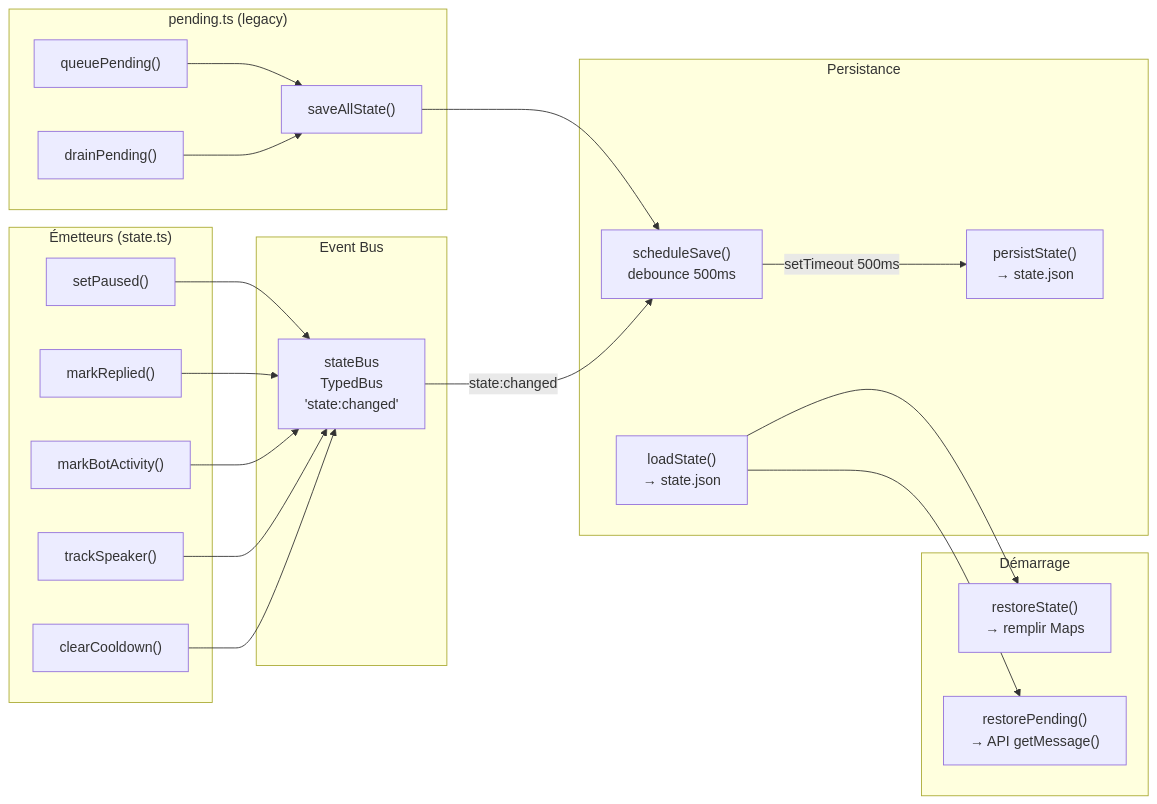
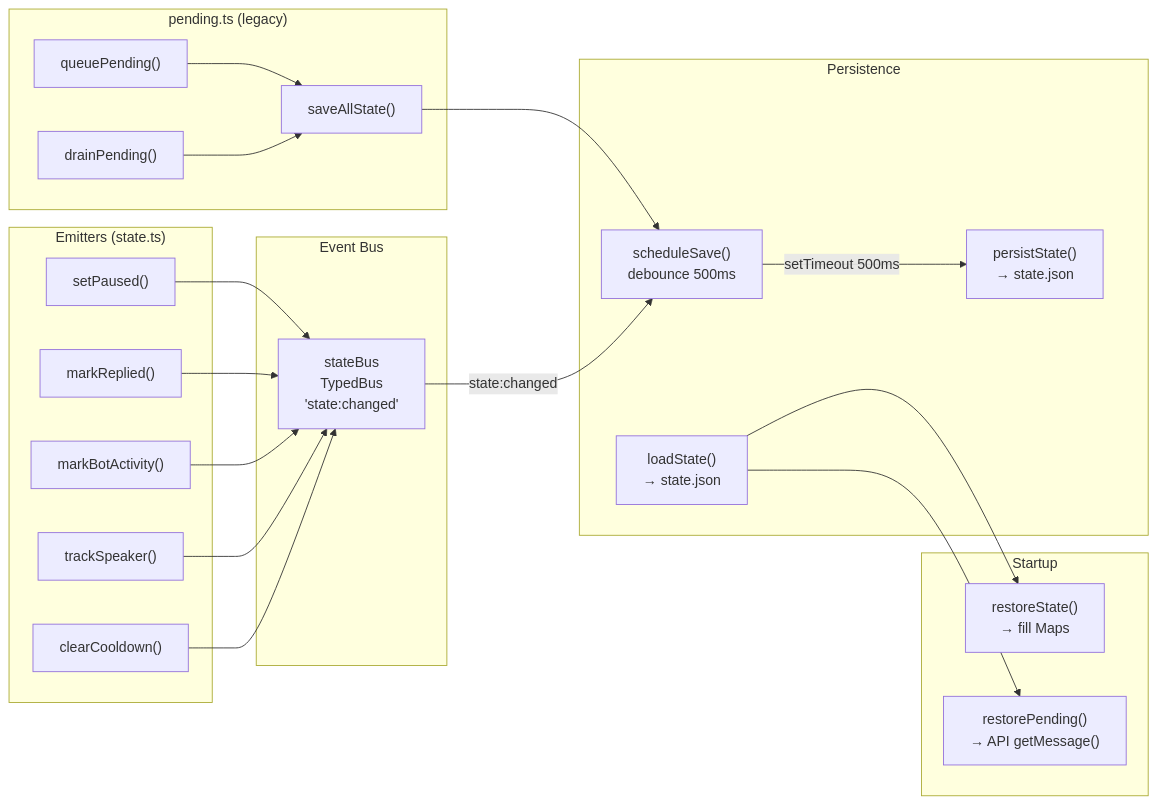
One commit to protocol-luna/krystal changed the tenth of 14 diagrams in README.md. Above: the diagram before and after it, drawn with Mermaid. The commit also changed other lines of this file and 47 other files, not shown here.

Commit message:
translate all docs to English, dark theme diagrams, add export script

````diff
--- a/README.md
+++ b/README.md
@@ -528,47 +528,47 @@
 ```mermaid
 flowchart LR
-    subgraph "Émetteurs (state.ts)"
+    subgraph "Emitters (state.ts)"
         PAUSE["setPaused()"]
         MARK["markReplied()"]
         ACT["markBotActivity()"]
         TRACK["trackSpeaker()"]
         CLEAR["clearCooldown()"]
     end
 
     subgraph "pending.ts (legacy)"
         SAVE_ALL["saveAllState()"]
         QP["queuePending()"]
         DP["drainPending()"]
     end
 
     subgraph "Event Bus"
         BUS["stateBus\nTypedBus<StateEvents>\n'state:changed'"]
     end
 
-    subgraph "Persistance"
+    subgraph "Persistence"
         SCHED["scheduleSave()\ndebounce 500ms"]
         WRITE["persistState()\n→ state.json"]
         LOAD["loadState()\n→ state.json"]
     end
 
-    subgraph "Démarrage"
-        RESTORE["restoreState()\n→ remplir Maps"]
+    subgraph "Startup"
+        RESTORE["restoreState()\n→ fill Maps"]
         RESTORE_PEND["restorePending()\n→ API getMessage()"]
     end
 
     PAUSE --> BUS
     MARK --> BUS
     ACT --> BUS
     TRACK --> BUS
     CLEAR --> BUS
 
     QP --> SAVE_ALL
     DP --> SAVE_ALL
     SAVE_ALL --> SCHED
 
     BUS -->|"state:changed"| SCHED
     SCHED -->|"setTimeout 500ms"| WRITE
 
     LOAD --> RESTORE
     LOAD --> RESTORE_PEND
 ```
````
